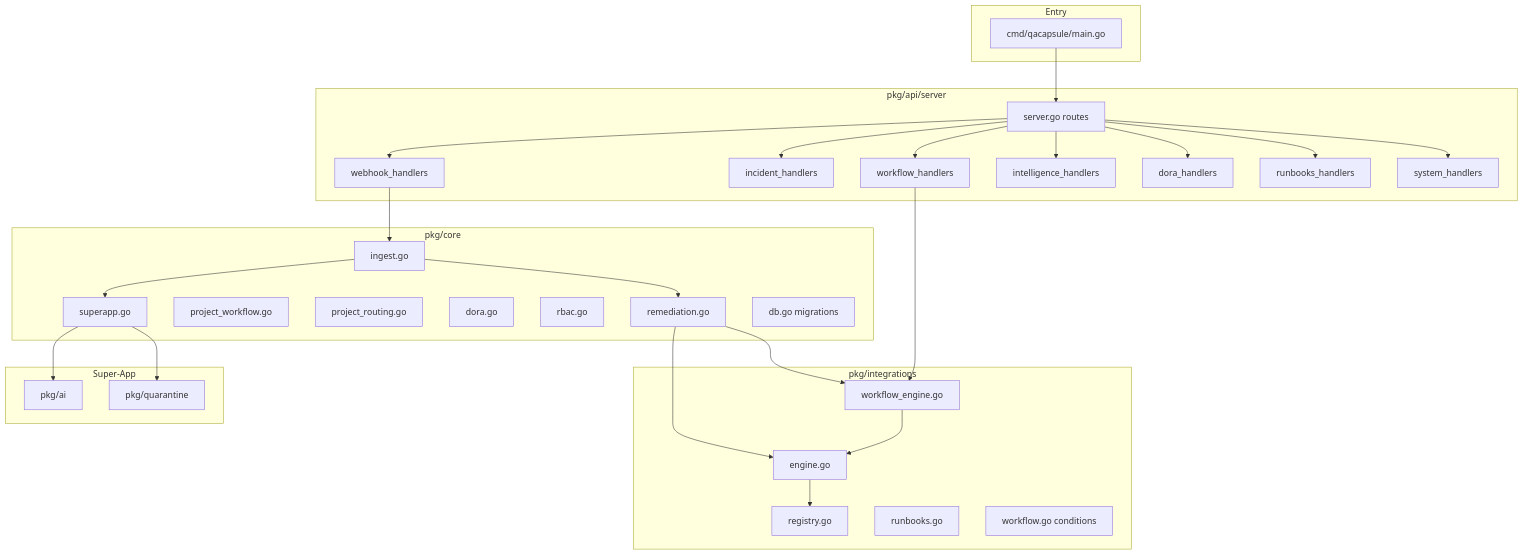
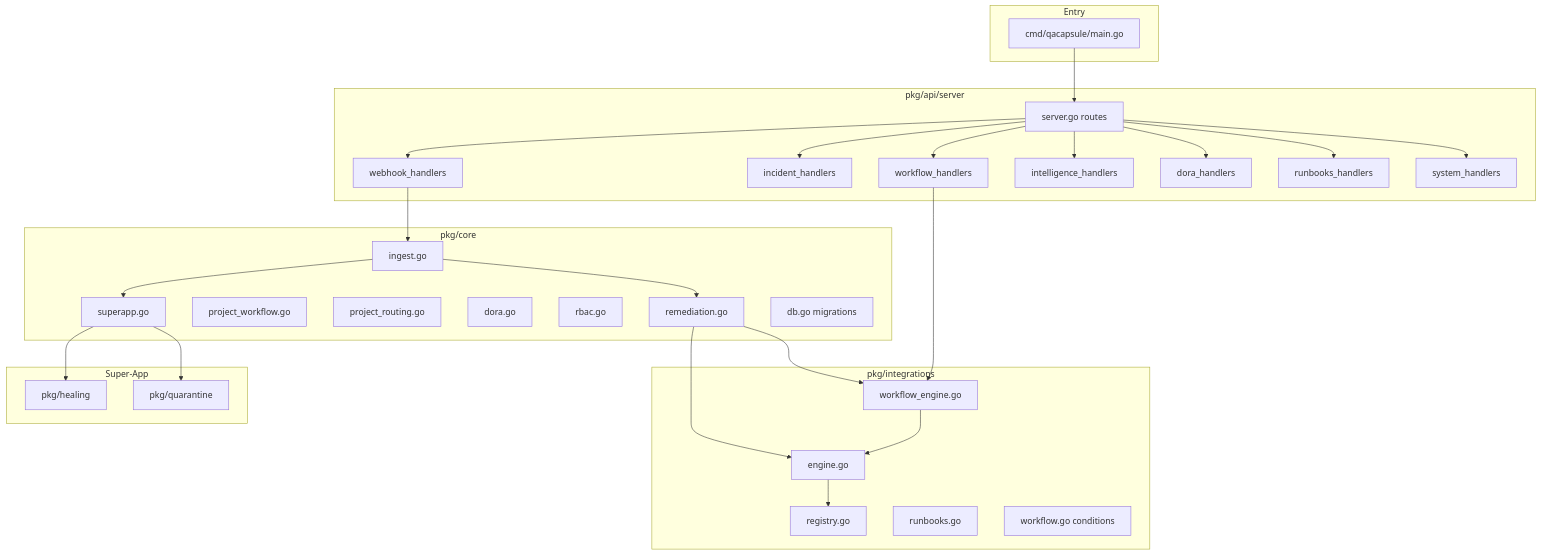
Before and after one commit to QA-Capsule/qa-capsule-community: the third of 18 diagrams in docs/guides/design-diagrams.md, drawn with Mermaid. The commit also changed other lines of this file and 34 other files, not shown here.

````diff
--- a/docs/guides/design-diagrams.md
+++ b/docs/guides/design-diagrams.md
@@ -79,51 +78,51 @@
 ```mermaid
 flowchart TB
     subgraph entry [Entry]
         MAIN[cmd/qacapsule/main.go]
     end
 
     subgraph api [pkg/api/server]
         SRV[server.go routes]
         WH[webhook_handlers]
         INC[incident_handlers]
         WF[workflow_handlers]
         INTEL[intelligence_handlers]
         DORA_H[dora_handlers]
         RB[runbooks_handlers]
         SYS[system_handlers]
     end
 
     subgraph core [pkg/core]
         ING[ingest.go]
         REM[remediation.go]
         PW[project_workflow.go]
         PR[project_routing.go]
         DORA_C[dora.go]
         RBAC[rbac.go]
         SA[superapp.go]
         DBM[db.go migrations]
     end
 
     subgraph int [pkg/integrations]
         REG[registry.go]
         ENG[engine.go]
         WFE[workflow_engine.go]
         RBK[runbooks.go]
         COND[workflow.go conditions]
     end
 
     subgraph super [Super-App]
-        AI_PKG[pkg/ai]
+        HEAL_PKG[pkg/healing]
         Q_PKG[pkg/quarantine]
     end
 
     MAIN --> SRV
     SRV --> WH & INC & WF & INTEL & DORA_H & RB & SYS
     WH --> ING
     ING --> REM & SA
     REM --> ENG & WFE
     WF --> WFE
-    SA --> AI_PKG & Q_PKG
+    SA --> HEAL_PKG & Q_PKG
     ENG --> REG
     WFE --> ENG
 ```
````
